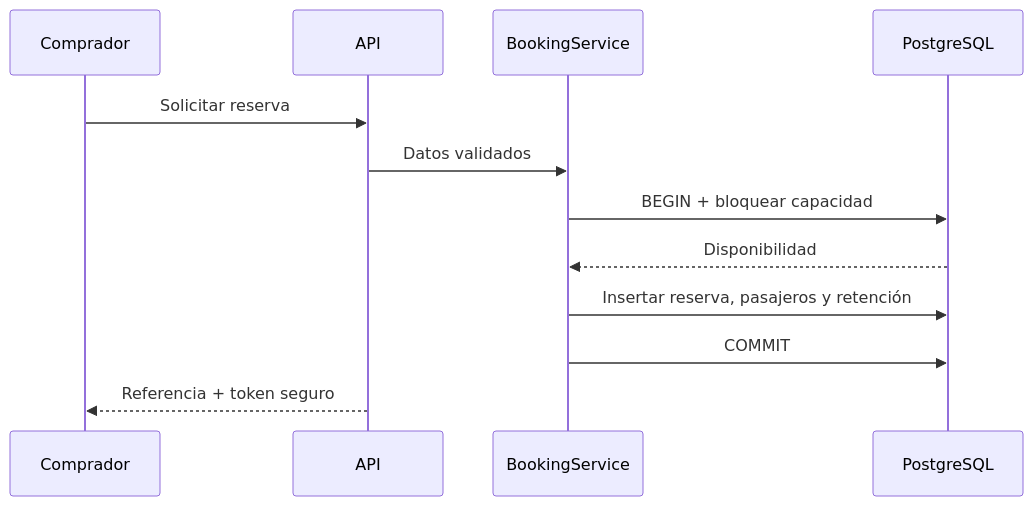
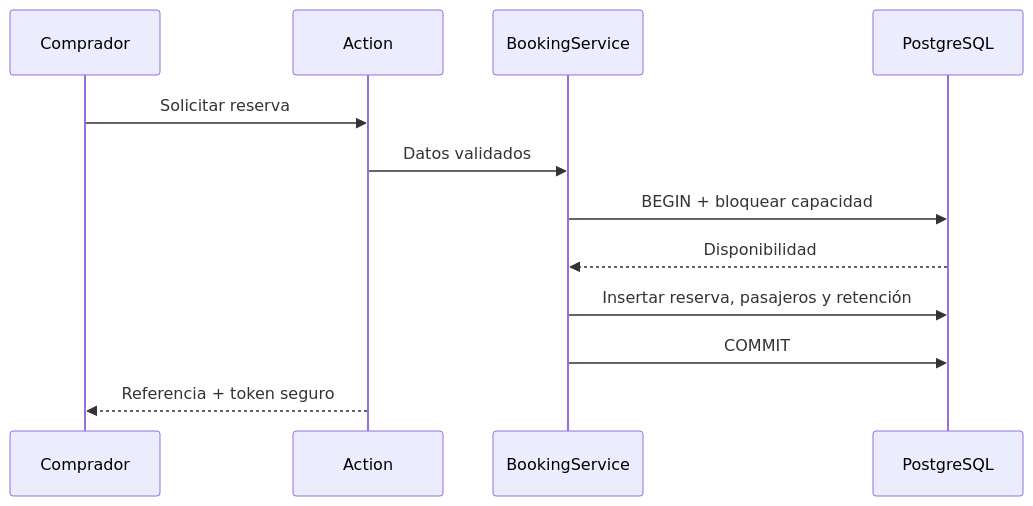
The second of 3 diagrams in docs/02-diseno/03-architecture.md (LucianoOPM/traveler-web-app), drawn with Mermaid before and after one commit. The commit also changed other lines of this file and 6 other files, not shown here.

````diff
--- a/docs/02-diseno/03-architecture.md
+++ b/docs/02-diseno/03-architecture.md
@@ -33,14 +53,14 @@
 ```mermaid
 sequenceDiagram
   participant C as Comprador
-  participant API as API
+  participant API as Action
   participant B as BookingService
   participant DB as PostgreSQL
   C->>API: Solicitar reserva
   API->>B: Datos validados
   B->>DB: BEGIN + bloquear capacidad
   DB-->>B: Disponibilidad
   B->>DB: Insertar reserva, pasajeros y retención
   B->>DB: COMMIT
   API-->>C: Referencia + token seguro
 ```
````
